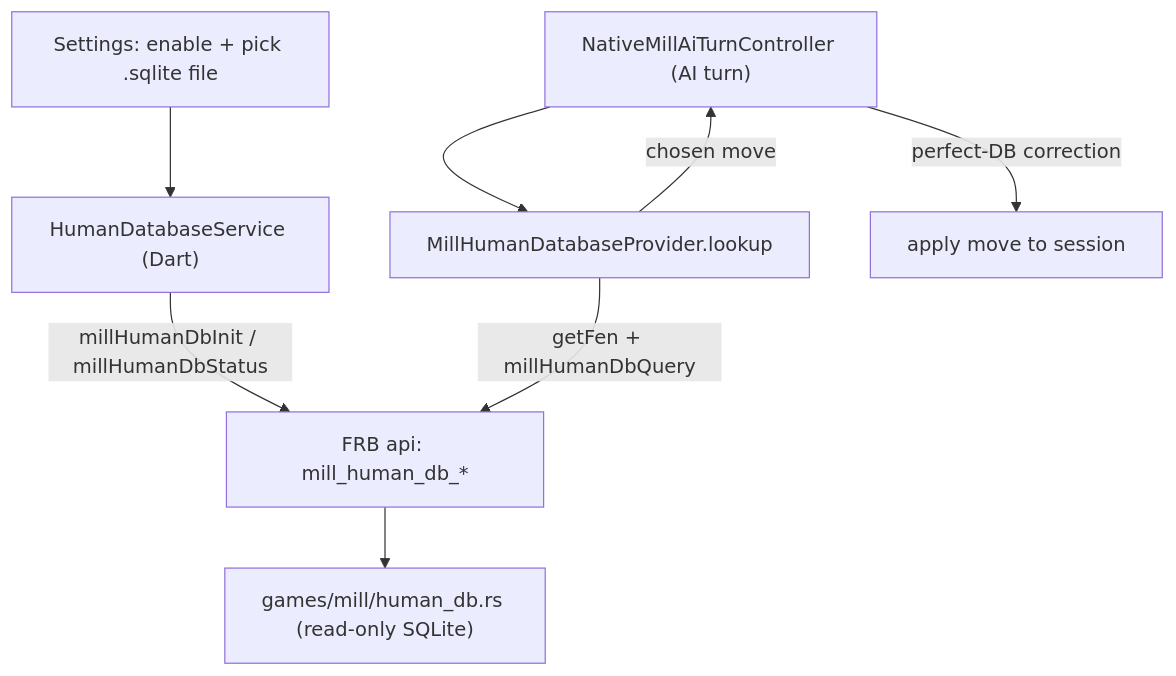
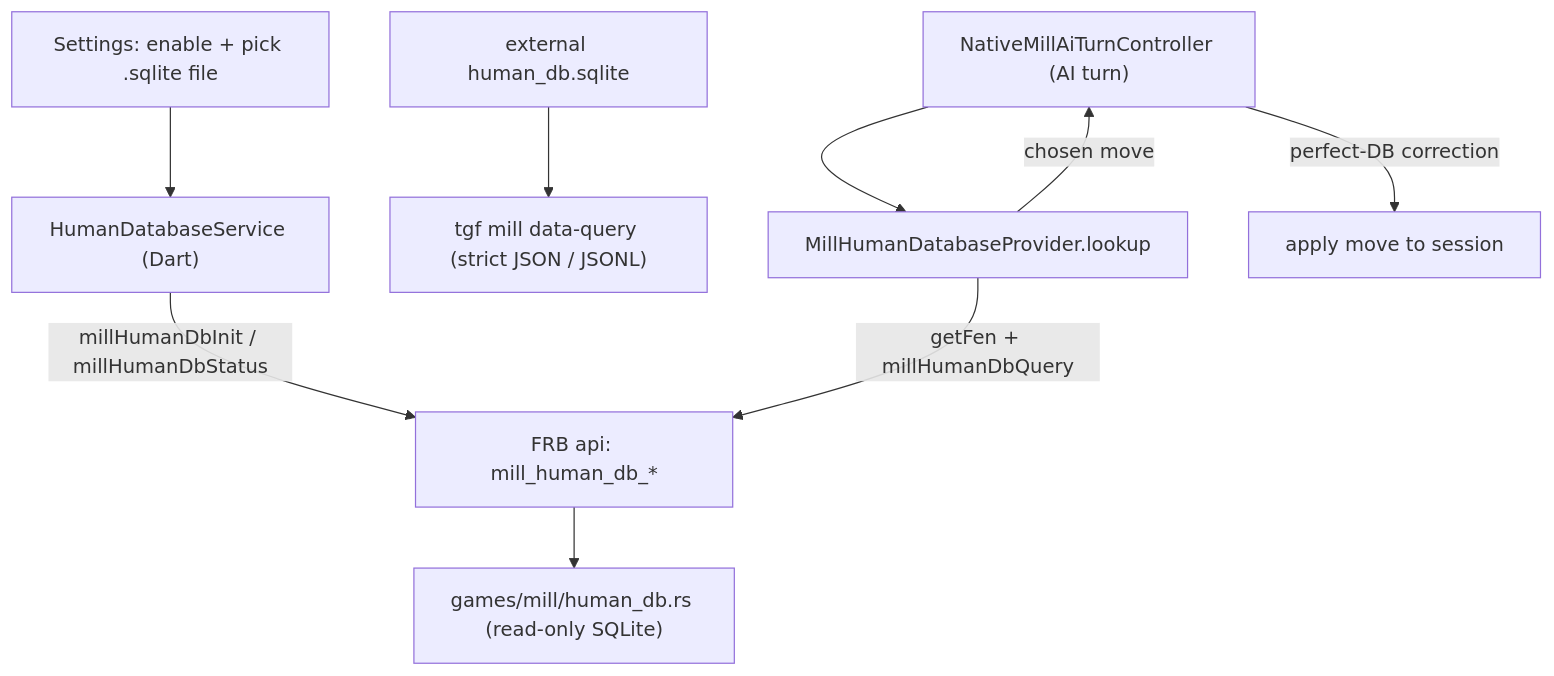
One commit to calcitem/Sanmill changed the first of 2 diagrams in docs/HUMAN_DATABASE.md. Above: the diagram before and after it, drawn with Mermaid. The commit also changed other lines of this file and 26 other files, not shown here.

First line of the commit message:
Add reproducible Mill data query APIs

````diff
--- a/docs/HUMAN_DATABASE.md
+++ b/docs/HUMAN_DATABASE.md
@@ -33,10 +37,11 @@
 ```mermaid
 flowchart TD
   Toggle["Settings: enable + pick .sqlite file"] --> Service["HumanDatabaseService (Dart)"]
   Service -->|"millHumanDbInit / millHumanDbStatus"| Frb["FRB api: mill_human_db_*"]
   Frb --> Rust["games/mill/human_db.rs (read-only SQLite)"]
+  Database["external human_db.sqlite"] --> Query["tgf mill data-query (strict JSON / JSONL)"]
   AiTurn["NativeMillAiTurnController (AI turn)"] --> Provider["MillHumanDatabaseProvider.lookup"]
   Provider -->|"getFen + millHumanDbQuery"| Frb
   Provider -->|"chosen move"| AiTurn
   AiTurn -->|"perfect-DB correction"| Apply["apply move to session"]
 ```
````
